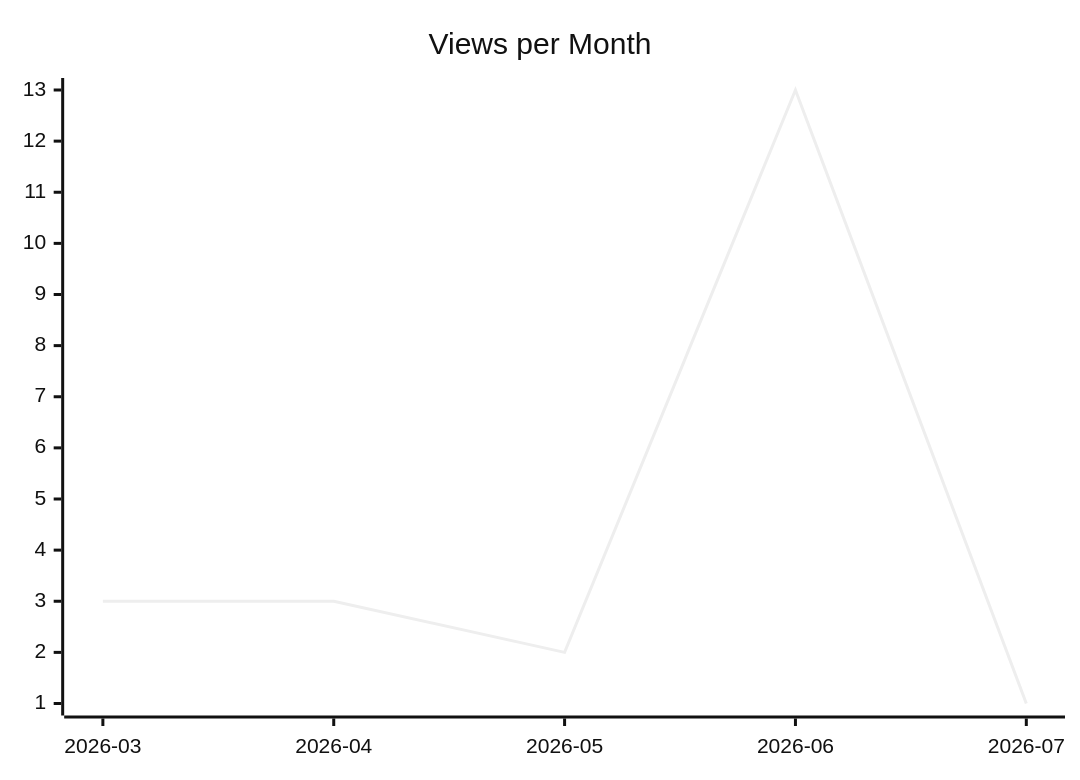
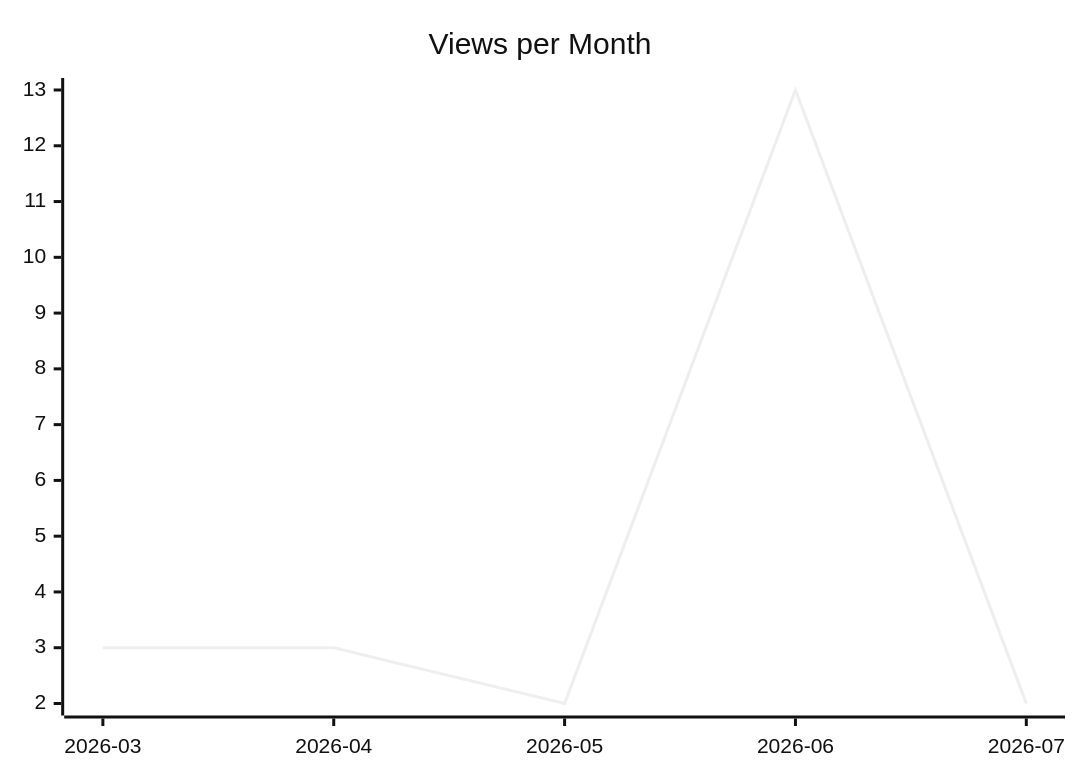
One commit to justdavis-family/github-analytics-data changed the second of 3 diagrams in karlmdavis/rps-tourney/README.md. Above: the diagram before and after it, drawn with Mermaid (neutral theme). The commit also changed other lines of this file and 185 other files, not shown here.

````diff
--- a/karlmdavis/rps-tourney/README.md
+++ b/karlmdavis/rps-tourney/README.md
@@ -12,6 +12,6 @@
 ```mermaid
 xychart-beta
   title "Views per Month"
   x-axis ["2026-03", "2026-04", "2026-05", "2026-06", "2026-07"]
-  line [3, 3, 2, 13, 1]
+  line [3, 3, 2, 13, 2]
 ```
````
